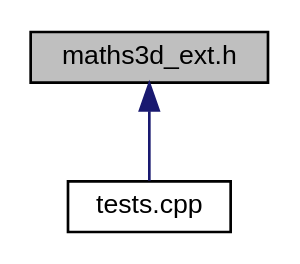
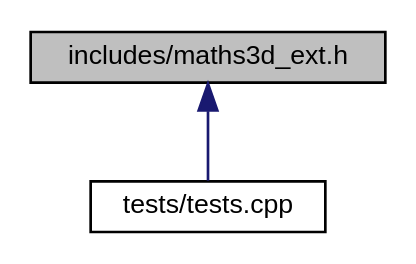
One commit to JohnRyland/Maths3D changed the diagram in Documentation/maths3d__ext_8h__dep__incl.dot. Above: the diagram before and after it, drawn with Graphviz. The commit also changed 56 other files, not shown here.

```diff
--- a/Documentation/maths3d__ext_8h__dep__incl.dot
+++ b/Documentation/maths3d__ext_8h__dep__incl.dot
@@ -1,9 +1,9 @@
-digraph "maths3d_ext.h"
+digraph "includes/maths3d_ext.h"
 {
  // LATEX_PDF_SIZE
   edge [fontname="Helvetica",fontsize="10",labelfontname="Helvetica",labelfontsize="10"];
   node [fontname="Helvetica",fontsize="10",shape=record];
-  Node1 [label="maths3d_ext.h",height=0.2,width=0.4,color="black", fillcolor="grey75", style="filled", fontcolor="black",tooltip=" "];
+  Node1 [label="includes/maths3d_ext.h",height=0.2,width=0.4,color="black", fillcolor="grey75", style="filled", fontcolor="black",tooltip=" "];
   Node1 -> Node2 [dir="back",color="midnightblue",fontsize="10",style="solid",fontname="Helvetica"];
-  Node2 [label="tests.cpp",height=0.2,width=0.4,color="black", fillcolor="white", style="filled",URL="$tests_8cpp.html",tooltip=" "];
+  Node2 [label="tests/tests.cpp",height=0.2,width=0.4,color="black", fillcolor="white", style="filled",URL="$tests_8cpp.html",tooltip=" "];
 }
```
